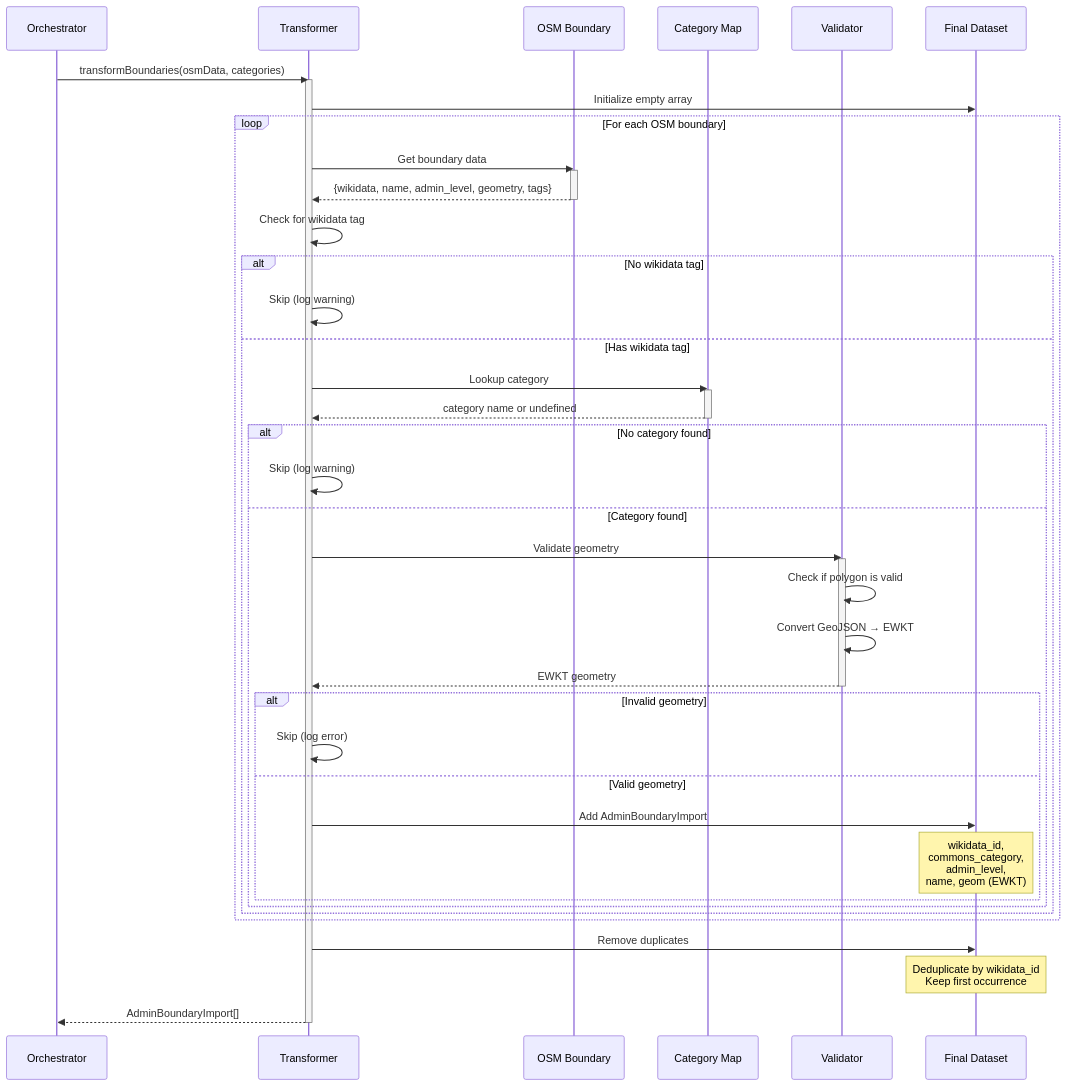
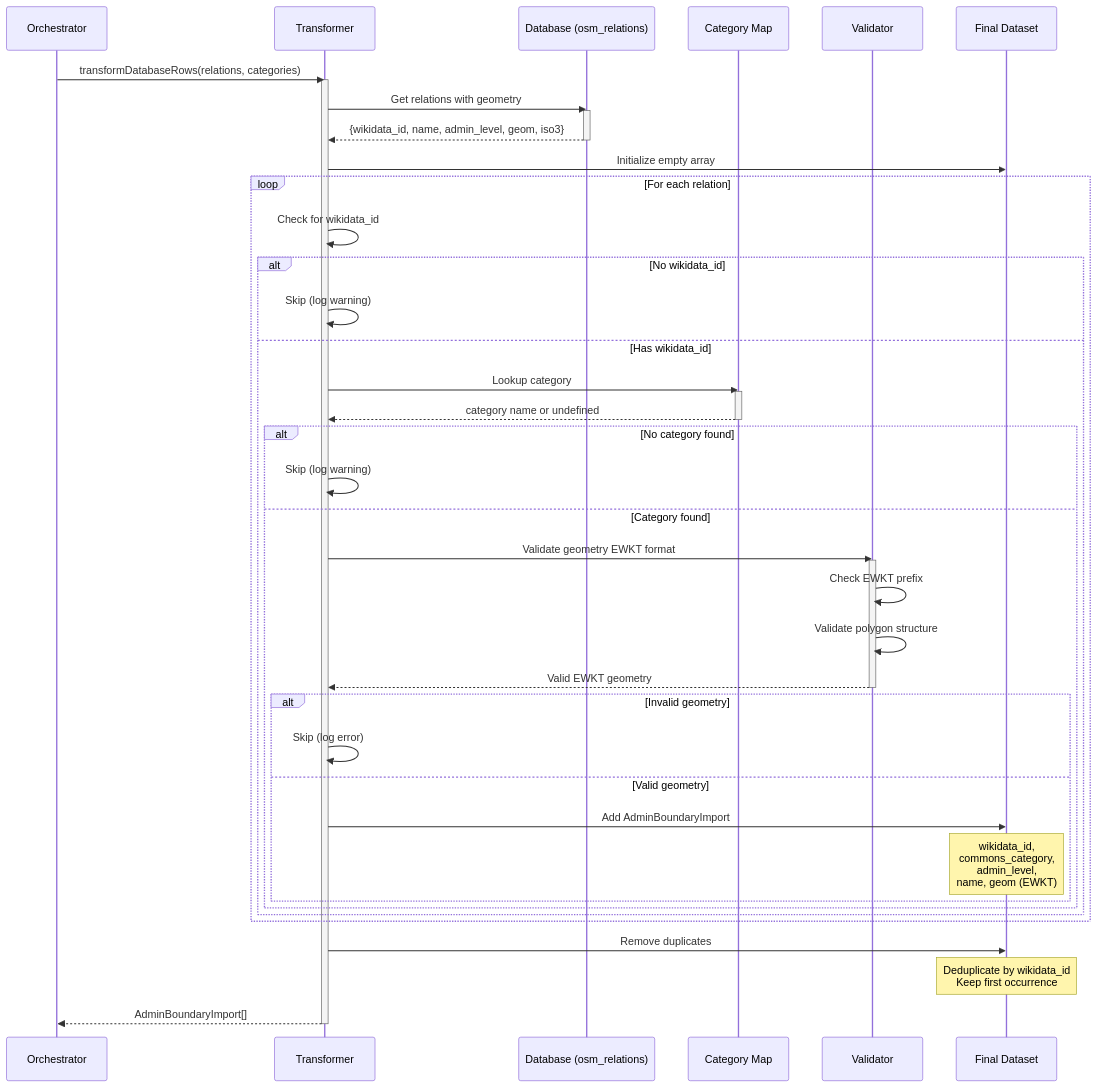
Before and after one commit to DaxServer/geocode-commons-categories: the fourth of 7 diagrams in docs/import/data-flow.md, drawn with Mermaid. The commit also changed other lines of this file and 12 other files, not shown here.

````diff
--- a/docs/import/data-flow.md
+++ b/docs/import/data-flow.md
@@ -316,56 +221,56 @@
 ```mermaid
 sequenceDiagram
     participant Orch as Orchestrator
     participant Transform as Transformer
-    participant OSM as OSM Boundary
+    participant DB as Database (osm_relations)
     participant Wiki as Category Map
     participant Valid as Validator
     participant Result as Final Dataset
 
-    Orch->>Transform: transformBoundaries(osmData, categories)
+    Orch->>Transform: transformDatabaseRows(relations, categories)
     activate Transform
+
+    Transform->>DB: Get relations with geometry
+    activate DB
+    DB-->>Transform: {wikidata_id, name, admin_level, geom, iso3}
+    deactivate DB
 
     Transform->>Result: Initialize empty array
 
-    loop For each OSM boundary
-        Transform->>OSM: Get boundary data
-        activate OSM
-        OSM-->>Transform: {wikidata, name, admin_level, geometry, tags}
-        deactivate OSM
-
-        Transform->>Transform: Check for wikidata tag
-        alt No wikidata tag
+    loop For each relation
+        Transform->>Transform: Check for wikidata_id
+        alt No wikidata_id
             Transform->>Transform: Skip (log warning)
-        else Has wikidata tag
+        else Has wikidata_id
             Transform->>Wiki: Lookup category
             activate Wiki
             Wiki-->>Transform: category name or undefined
             deactivate Wiki
 
             alt No category found
                 Transform->>Transform: Skip (log warning)
             else Category found
-                Transform->>Valid: Validate geometry
+                Transform->>Valid: Validate geometry EWKT format
                 activate Valid
 
-                Valid->>Valid: Check if polygon is valid
-                Valid->>Valid: Convert GeoJSON → EWKT
-                Valid-->>Transform: EWKT geometry
+                Valid->>Valid: Check EWKT prefix
+                Valid->>Valid: Validate polygon structure
+                Valid-->>Transform: Valid EWKT geometry
                 deactivate Valid
 
                 alt Invalid geometry
                     Transform->>Transform: Skip (log error)
                 else Valid geometry
                     Transform->>Result: Add AdminBoundaryImport
                     Note over Result: wikidata_id,<br/>commons_category,<br/>admin_level,<br/>name, geom (EWKT)
                 end
             end
         end
     end
 
     Transform->>Result: Remove duplicates
     Note over Result: Deduplicate by wikidata_id<br/>Keep first occurrence
 
     Transform-->>Orch: AdminBoundaryImport[]
     deactivate Transform
 ```
````
